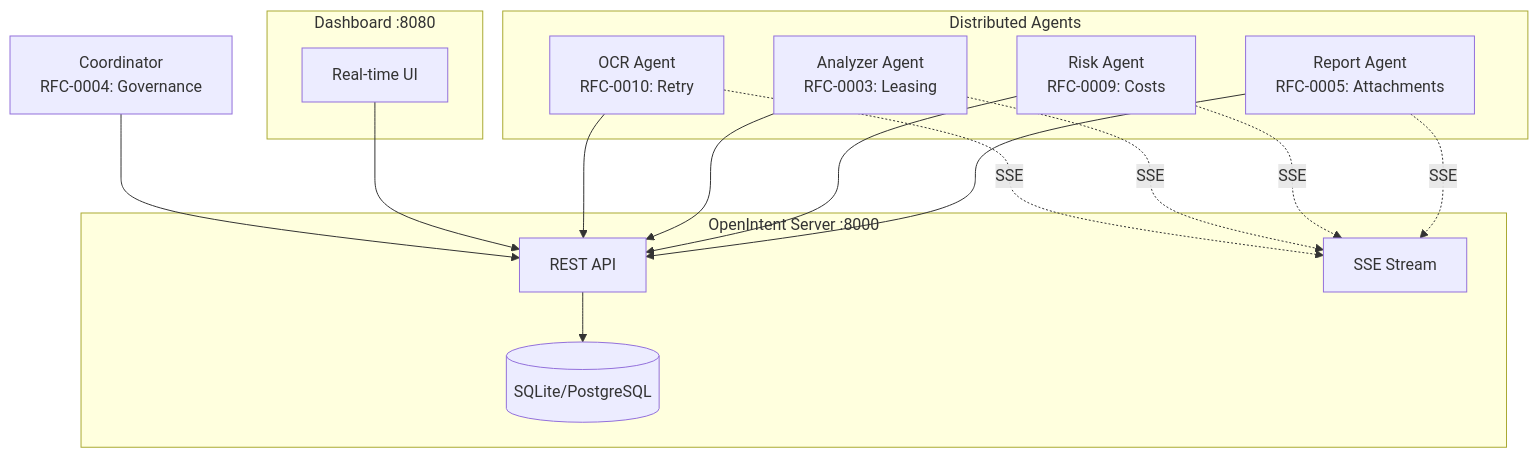
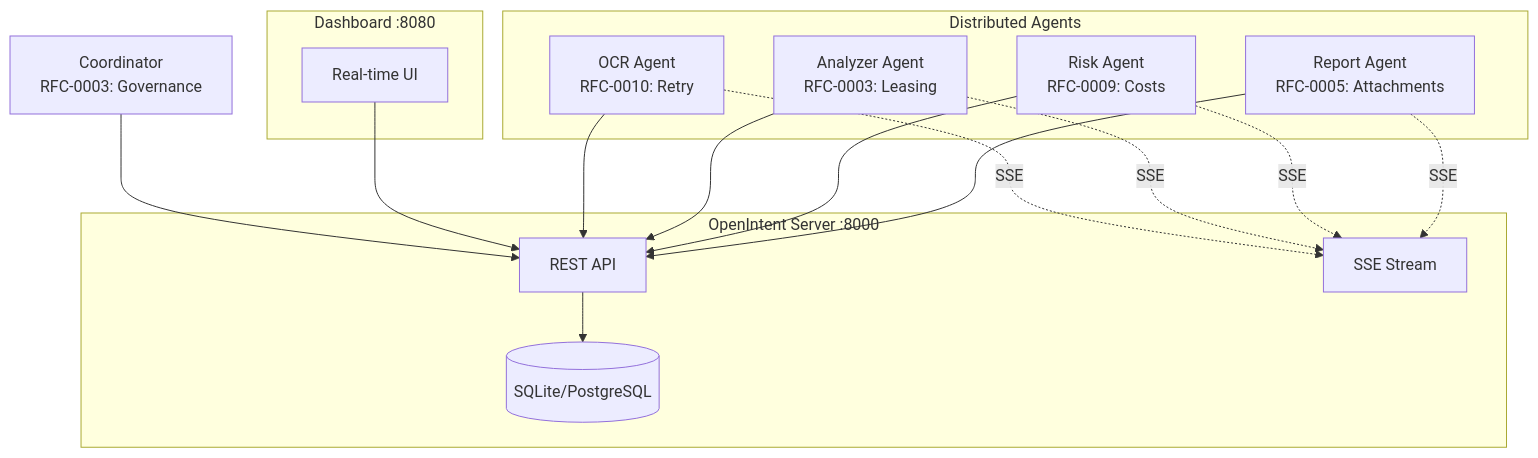
One commit to openintent-ai/openintent changed the first of 2 diagrams in examples/compliance_review/README.md. Above: the diagram before and after it, drawn with Mermaid. The commit also changed other lines of this file and 60 other files, not shown here.

````diff
--- a/examples/compliance_review/README.md
+++ b/examples/compliance_review/README.md
@@ -9,27 +9,27 @@
 ```mermaid
 flowchart TB
     subgraph Dashboard["Dashboard :8080"]
         UI[Real-time UI]
     end
 
     subgraph Server["OpenIntent Server :8000"]
         API[REST API]
         SSE[SSE Stream]
         DB[(SQLite/PostgreSQL)]
     end
 
     subgraph Agents["Distributed Agents"]
         OCR["OCR Agent<br/>RFC-0010: Retry"]
         ANA["Analyzer Agent<br/>RFC-0003: Leasing"]
         RISK["Risk Agent<br/>RFC-0009: Costs"]
         REP["Report Agent<br/>RFC-0005: Attachments"]
     end
 
-    COORD["Coordinator<br/>RFC-0004: Governance"]
+    COORD["Coordinator<br/>RFC-0003: Governance"]
 
     COORD --> API
     UI --> API
     OCR & ANA & RISK & REP -.->|SSE| SSE
     OCR & ANA & RISK & REP --> API
     API --> DB
 ```
````
